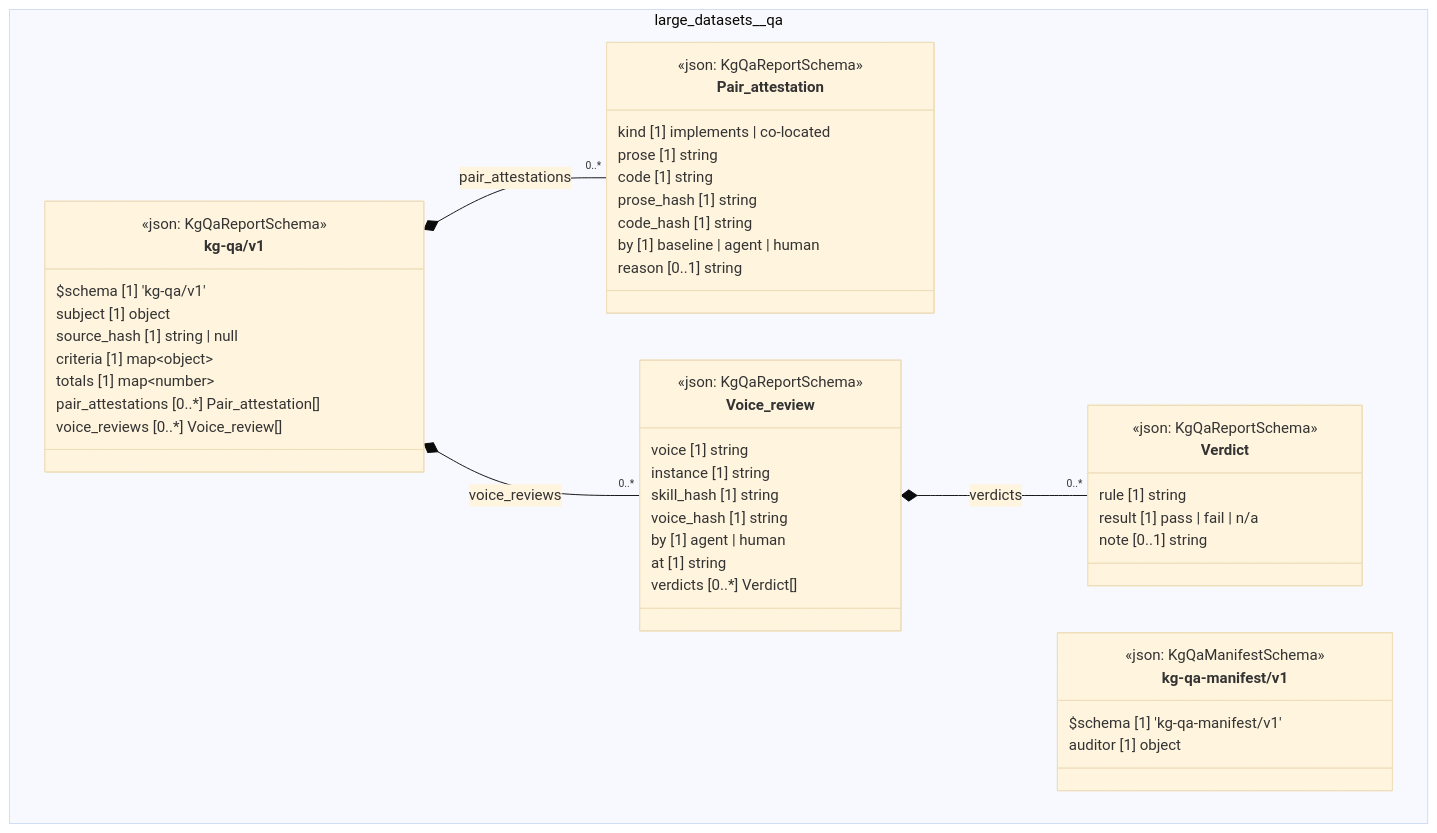
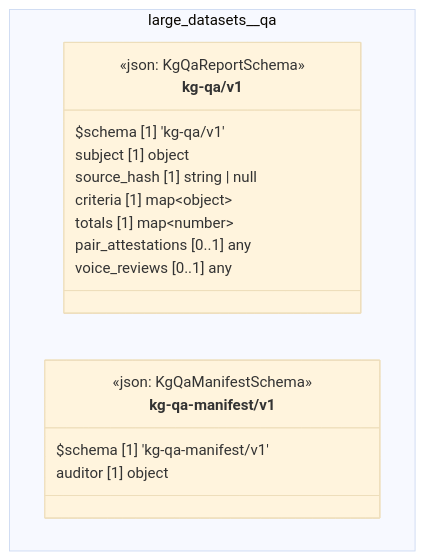
The diagram in cat-harness/docs/uml/overview/large-datasets/qa.md (litlfred/folio-assistant), drawn with Mermaid (base theme) before and after one commit. The commit also changed 234 other files, not shown here.

````diff
--- a/cat-harness/docs/uml/overview/large-datasets/qa.md
+++ b/cat-harness/docs/uml/overview/large-datasets/qa.md
@@ -42,55 +42,23 @@
 ```mermaid
 classDiagram
   direction TB
   namespace large_datasets__qa {
-    class large_datasets_qa_kg_qa_v1_Pair_attestation["Pair_attestation"] {
-      <<json: KgQaReportSchema>>
-      kind [1] implements | co-located
-      prose [1] string
-      code [1] string
-      prose_hash [1] string
-      code_hash [1] string
-      by [1] baseline | agent | human
-      reason [0..1] string
-    }
-    class large_datasets_qa_kg_qa_v1_Verdict["Verdict"] {
-      <<json: KgQaReportSchema>>
-      rule [1] string
-      result [1] pass | fail | n/a
-      note [0..1] string
-    }
-    class large_datasets_qa_kg_qa_v1_Voice_review["Voice_review"] {
-      <<json: KgQaReportSchema>>
-      voice [1] string
-      instance [1] string
-      skill_hash [1] string
-      voice_hash [1] string
-      by [1] agent | human
-      at [1] string
-      verdicts [0..*] Verdict[]
-    }
     class large_datasets_qa_kg_qa_v1_kg_qa_v1["kg-qa/v1"] {
       <<json: KgQaReportSchema>>
       $schema [1] 'kg-qa/v1'
       subject [1] object
       source_hash [1] string | null
       criteria [1] map~object~
       totals [1] map~number~
-      pair_attestations [0..*] Pair_attestation[]
-      voice_reviews [0..*] Voice_review[]
+      pair_attestations [0..1] any
+      voice_reviews [0..1] any
     }
     class large_datasets_qa_kg_qa_manifest_v1_kg_qa_manifest_v1["kg-qa-manifest/v1"] {
       <<json: KgQaManifestSchema>>
       $schema [1] 'kg-qa-manifest/v1'
       auditor [1] object
     }
   }
-  large_datasets_qa_kg_qa_v1_kg_qa_v1 *-- "0..*" large_datasets_qa_kg_qa_v1_Pair_attestation : pair_attestations
-  large_datasets_qa_kg_qa_v1_Voice_review *-- "0..*" large_datasets_qa_kg_qa_v1_Verdict : verdicts
-  large_datasets_qa_kg_qa_v1_kg_qa_v1 *-- "0..*" large_datasets_qa_kg_qa_v1_Voice_review : voice_reviews
-  cssClass "large_datasets_qa_kg_qa_v1_Pair_attestation" fa_uml_kind_qa
-  cssClass "large_datasets_qa_kg_qa_v1_Verdict" fa_uml_kind_qa
-  cssClass "large_datasets_qa_kg_qa_v1_Voice_review" fa_uml_kind_qa
   cssClass "large_datasets_qa_kg_qa_v1_kg_qa_v1" fa_uml_kind_qa
   cssClass "large_datasets_qa_kg_qa_manifest_v1_kg_qa_manifest_v1" fa_uml_kind_qa
 ```
````
